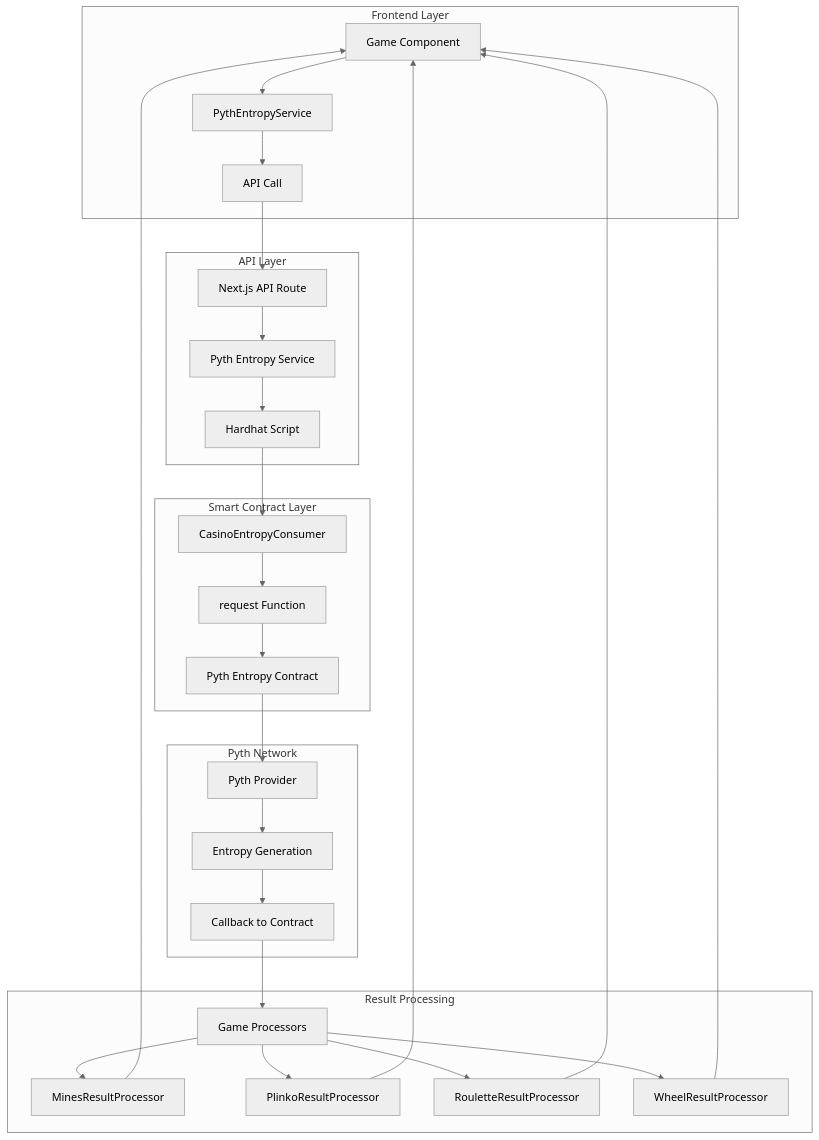
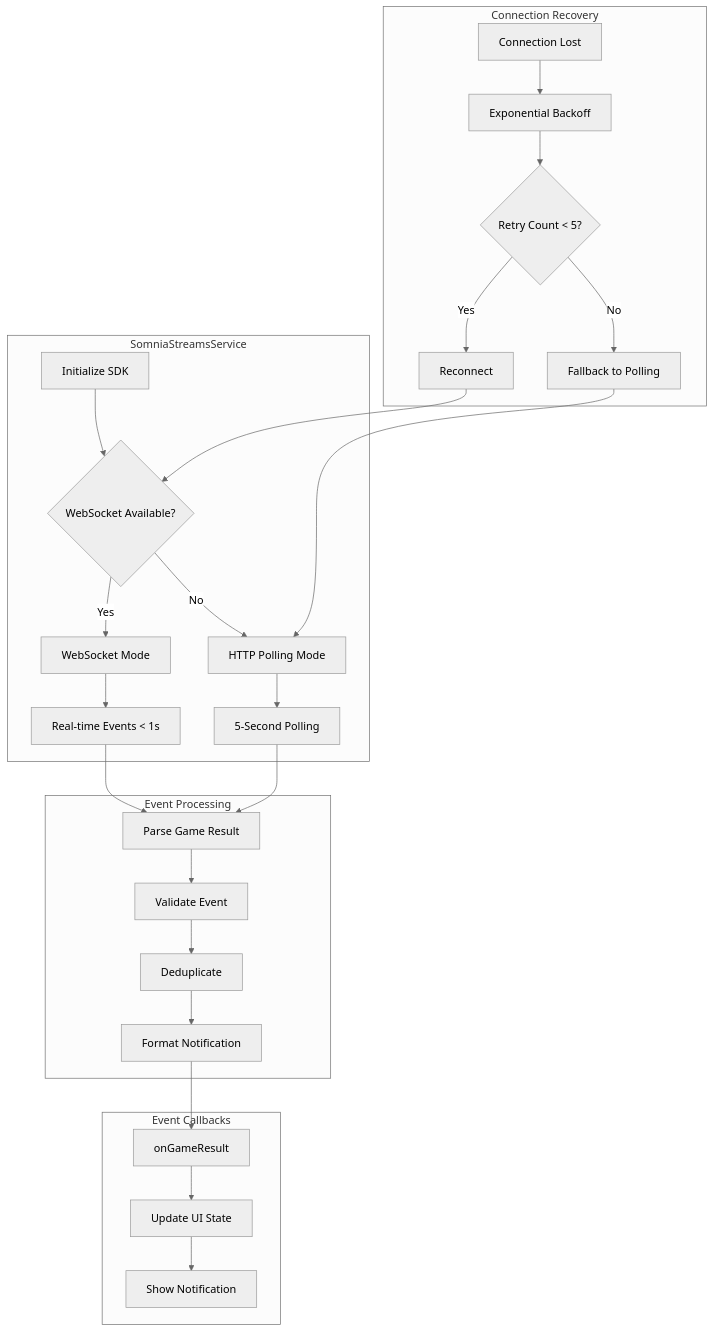
Before and after one commit to AmaanSayyad/APT-Casino-Somnia: diagram 19 of 24 in MERMAID_DIAGRAMS.md, drawn with Mermaid (neutral theme). The commit also changed other lines of this file and 6 other files, not shown here.

Commit message:
diagrams and wd

````diff
--- a/MERMAID_DIAGRAMS.md
+++ b/MERMAID_DIAGRAMS.md
@@ -544,38 +676,34 @@
 ```mermaid
 graph TB
-    subgraph Frontend["Frontend Layer"]
-        A[Game Component] --> B[PythEntropyService]
-        B --> C[API Call]
+    subgraph Service["SomniaStreamsService"]
+        A[Initialize SDK] --> B{WebSocket Available?}
+        B -->|Yes| C[WebSocket Mode]
+        B -->|No| D[HTTP Polling Mode]
+        
+        C --> E[Real-time Events < 1s]
+        D --> F[5-Second Polling]
     end
     
-    subgraph API["API Layer"]
-        D[Next.js API Route] --> E[Pyth Entropy Service]
-        E --> F[Hardhat Script]
+    subgraph EventProcessing["Event Processing"]
+        E --> G[Parse Game Result]
+        F --> G
+        G --> H[Validate Event]
+        H --> I[Deduplicate]
+        I --> J[Format Notification]
     end
     
-    subgraph Contract["Smart Contract Layer"]
-        G[CasinoEntropyConsumer] --> H[request Function]
-        H --> I[Pyth Entropy Contract]
+    subgraph Callbacks["Event Callbacks"]
+        J --> K[onGameResult]
+        K --> L[Update UI State]
+        L --> M[Show Notification]
     end
     
-    subgraph Pyth["Pyth Network"]
-        J[Pyth Provider] --> K[Entropy Generation]
-        K --> L[Callback to Contract]
+    subgraph Recovery["Connection Recovery"]
+        N[Connection Lost] --> O[Exponential Backoff]
+        O --> P{Retry Count < 5?}
+        P -->|Yes| Q[Reconnect]
+        P -->|No| R[Fallback to Polling]
+        Q --> B
+        R --> D
     end
-    
-    subgraph Processing["Result Processing"]
-        M[Game Processors] --> N[MinesResultProcessor]
-        M --> O[PlinkoResultProcessor]
-        M --> P[RouletteResultProcessor]
-        M --> Q[WheelResultProcessor]
-    end
-    
-    C --> D
-    F --> G
-    I --> J
-    L --> M
-    N --> A
-    O --> A
-    P --> A
-    Q --> A
 ```
````
